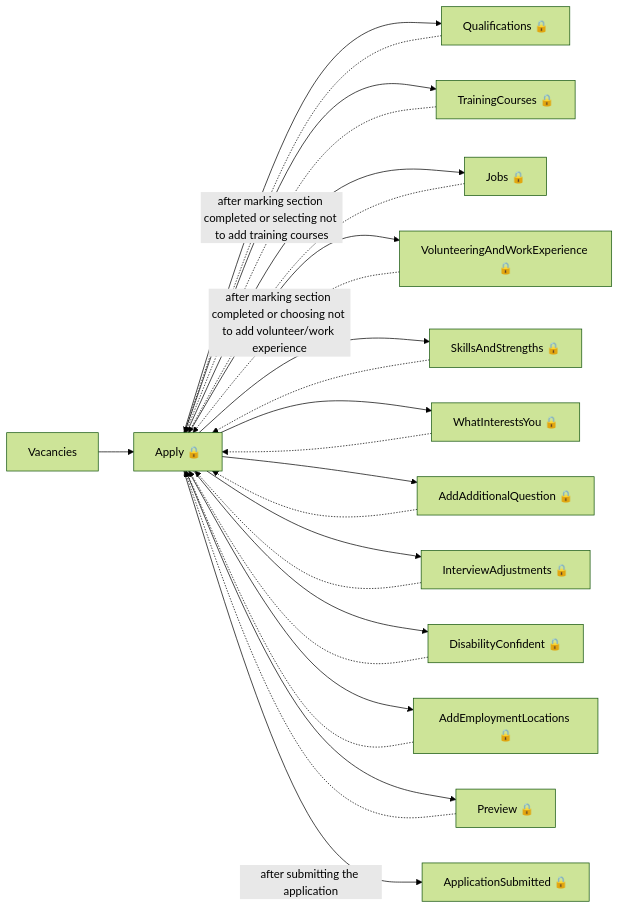
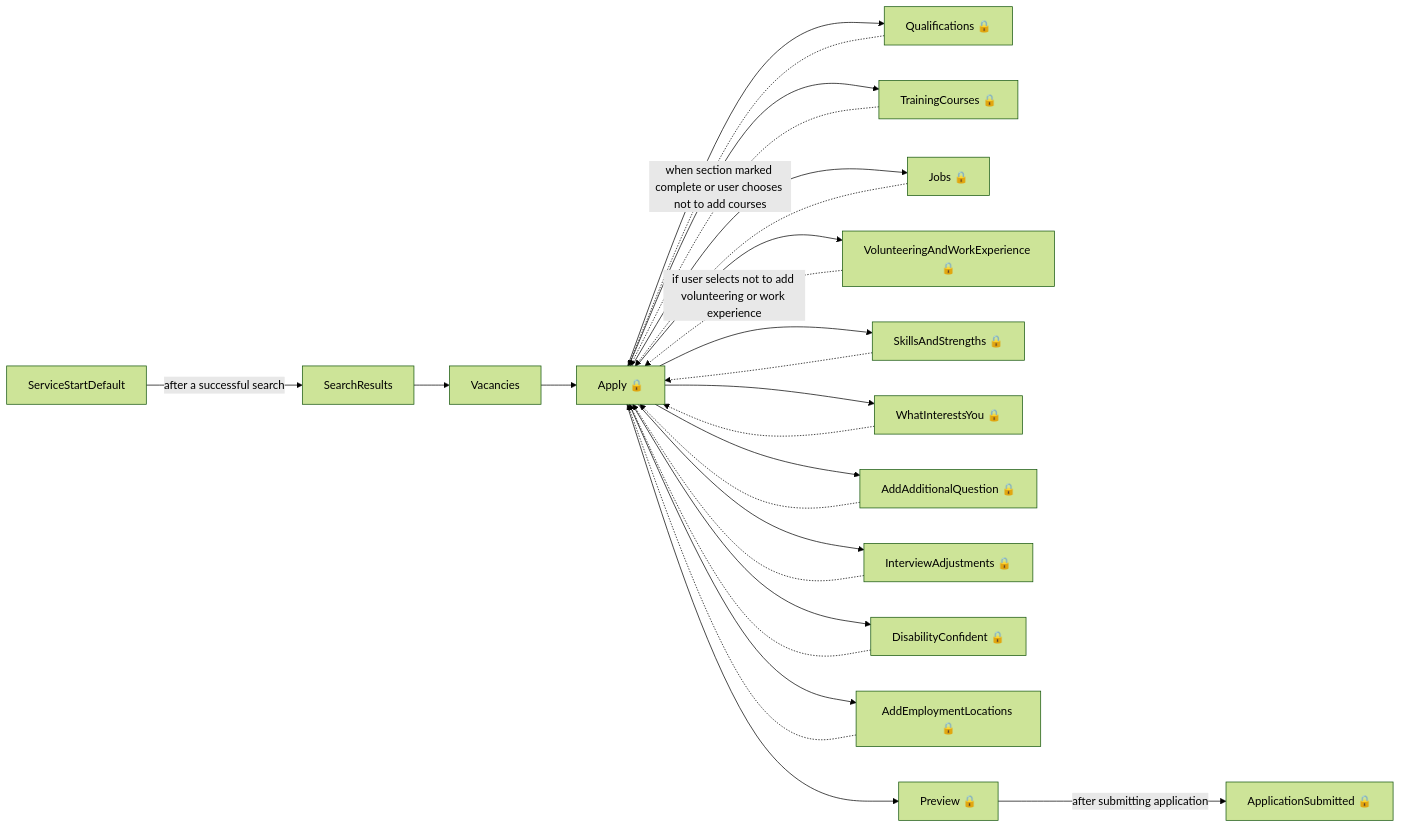
The first of 6 diagrams in das-findapprenticeship-web/user-journeys/user-journeys.md (talentconsulting/atlas-dfe), drawn with Mermaid (forest theme) before and after one commit. The commit also changed other lines of this file and 36 other files, not shown here.

````diff
--- a/das-findapprenticeship-web/user-journeys/user-journeys.md
+++ b/das-findapprenticeship-web/user-journeys/user-journeys.md
@@ -11,27 +11,28 @@
 ```mermaid
 flowchart LR
-  p0["Vacancies"] --> p1["Apply 🔒"]
-  p1["Apply 🔒"] --> p2["Qualifications 🔒"]
-  p2["Qualifications 🔒"] -.-> p1["Apply 🔒"]
-  p1["Apply 🔒"] --> p3["TrainingCourses 🔒"]
-  p3["TrainingCourses 🔒"] -.->|"after marking section completed or selecting not to add training courses"| p1["Apply 🔒"]
-  p1["Apply 🔒"] --> p4["Jobs 🔒"]
-  p4["Jobs 🔒"] -.-> p1["Apply 🔒"]
-  p1["Apply 🔒"] --> p5["VolunteeringAndWorkExperience 🔒"]
-  p5["VolunteeringAndWorkExperience 🔒"] -.->|"after marking section completed or choosing not to add volunteer/work experience"| p1["Apply 🔒"]
-  p1["Apply 🔒"] --> p6["SkillsAndStrengths 🔒"]
-  p6["SkillsAndStrengths 🔒"] -.-> p1["Apply 🔒"]
-  p1["Apply 🔒"] --> p7["WhatInterestsYou 🔒"]
-  p7["WhatInterestsYou 🔒"] -.-> p1["Apply 🔒"]
-  p1["Apply 🔒"] --> p8["AddAdditionalQuestion 🔒"]
-  p8["AddAdditionalQuestion 🔒"] -.-> p1["Apply 🔒"]
-  p1["Apply 🔒"] --> p9["InterviewAdjustments 🔒"]
-  p9["InterviewAdjustments 🔒"] -.-> p1["Apply 🔒"]
-  p1["Apply 🔒"] --> p10["DisabilityConfident 🔒"]
-  p10["DisabilityConfident 🔒"] -.-> p1["Apply 🔒"]
-  p1["Apply 🔒"] --> p11["AddEmploymentLocations 🔒"]
-  p11["AddEmploymentLocations 🔒"] -.-> p1["Apply 🔒"]
-  p1["Apply 🔒"] --> p12["Preview 🔒"]
-  p12["Preview 🔒"] -.-> p1["Apply 🔒"]
-  p1["Apply 🔒"] -->|"after submitting the application"| p13["ApplicationSubmitted 🔒"]
+  p0["ServiceStartDefault"] -->|"after a successful search"| p1["SearchResults"]
+  p1["SearchResults"] --> p2["Vacancies"]
+  p2["Vacancies"] --> p3["Apply 🔒"]
+  p3["Apply 🔒"] --> p4["Qualifications 🔒"]
+  p4["Qualifications 🔒"] -.-> p3["Apply 🔒"]
+  p3["Apply 🔒"] --> p5["TrainingCourses 🔒"]
+  p5["TrainingCourses 🔒"] -.->|"when section marked complete or user chooses not to add courses"| p3["Apply 🔒"]
+  p3["Apply 🔒"] --> p6["Jobs 🔒"]
+  p6["Jobs 🔒"] -.-> p3["Apply 🔒"]
+  p3["Apply 🔒"] --> p7["VolunteeringAndWorkExperience 🔒"]
+  p7["VolunteeringAndWorkExperience 🔒"] -.->|"if user selects not to add volunteering or work experience"| p3["Apply 🔒"]
+  p3["Apply 🔒"] --> p8["SkillsAndStrengths 🔒"]
+  p8["SkillsAndStrengths 🔒"] -.-> p3["Apply 🔒"]
+  p3["Apply 🔒"] --> p9["WhatInterestsYou 🔒"]
+  p9["WhatInterestsYou 🔒"] -.-> p3["Apply 🔒"]
+  p3["Apply 🔒"] --> p10["AddAdditionalQuestion 🔒"]
+  p10["AddAdditionalQuestion 🔒"] -.-> p3["Apply 🔒"]
+  p3["Apply 🔒"] --> p11["InterviewAdjustments 🔒"]
+  p11["InterviewAdjustments 🔒"] -.-> p3["Apply 🔒"]
+  p3["Apply 🔒"] --> p12["DisabilityConfident 🔒"]
+  p12["DisabilityConfident 🔒"] -.-> p3["Apply 🔒"]
+  p3["Apply 🔒"] --> p13["AddEmploymentLocations 🔒"]
+  p13["AddEmploymentLocations 🔒"] -.-> p3["Apply 🔒"]
+  p3["Apply 🔒"] --> p14["Preview 🔒"]
+  p14["Preview 🔒"] -->|"after submitting application"| p15["ApplicationSubmitted 🔒"]
 ```
````
